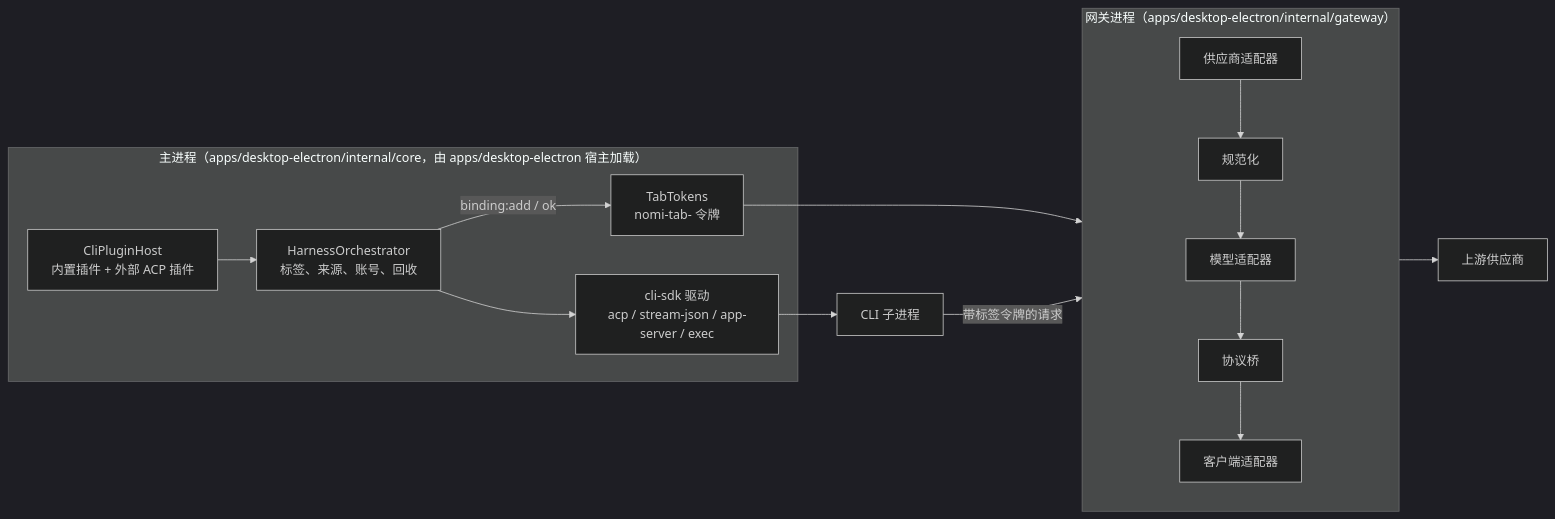
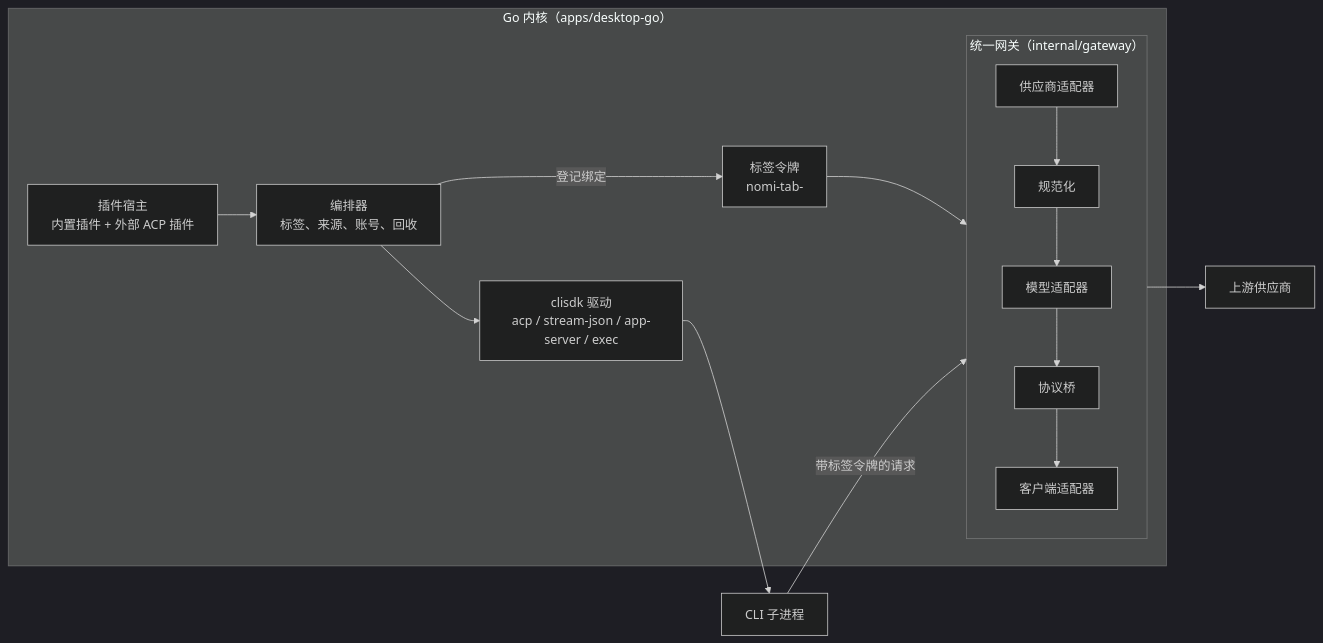
Before and after one commit to Cookieboty/nomi-ai: the diagram in docs/development/architecture.md, drawn with Mermaid (dark theme). The commit also changed other lines of this file and 102 other files, not shown here.

````diff
--- a/docs/development/architecture.md
+++ b/docs/development/architecture.md
@@ -50,18 +55,18 @@
 ```mermaid
 flowchart LR
-  subgraph main["主进程（apps/desktop-electron/internal/core，由 apps/desktop-electron 宿主加载）"]
-    host["CliPluginHost<br/>内置插件 + 外部 ACP 插件"]
-    orch["HarnessOrchestrator<br/>标签、来源、账号、回收"]
-    drv["cli-sdk 驱动<br/>acp / stream-json / app-server / exec"]
-    tokens["TabTokens<br/>nomi-tab- 令牌"]
+  subgraph core["Go 内核（apps/desktop-go）"]
+    host["插件宿主<br/>内置插件 + 外部 ACP 插件"]
+    orch["编排器<br/>标签、来源、账号、回收"]
+    drv["clisdk 驱动<br/>acp / stream-json / app-server / exec"]
+    tokens["标签令牌<br/>nomi-tab-"]
+    subgraph gw["统一网关（internal/gateway）"]
+      pa["供应商适配器"] --> canon["规范化"] --> ma["模型适配器"] --> bridge["协议桥"] --> ca["客户端适配器"]
+    end
   end
   cli["CLI 子进程"]
-  subgraph gw["网关进程（apps/desktop-electron/internal/gateway）"]
-    pa["供应商适配器"] --> canon["规范化"] --> ma["模型适配器"] --> bridge["协议桥"] --> ca["客户端适配器"]
-  end
   up["上游供应商"]
   host --> orch --> drv --> cli
-  orch -- "binding:add / ok" --> tokens --> gw
+  orch -- "登记绑定" --> tokens --> gw
   cli -- "带标签令牌的请求" --> gw
   gw --> up
 ```
````
